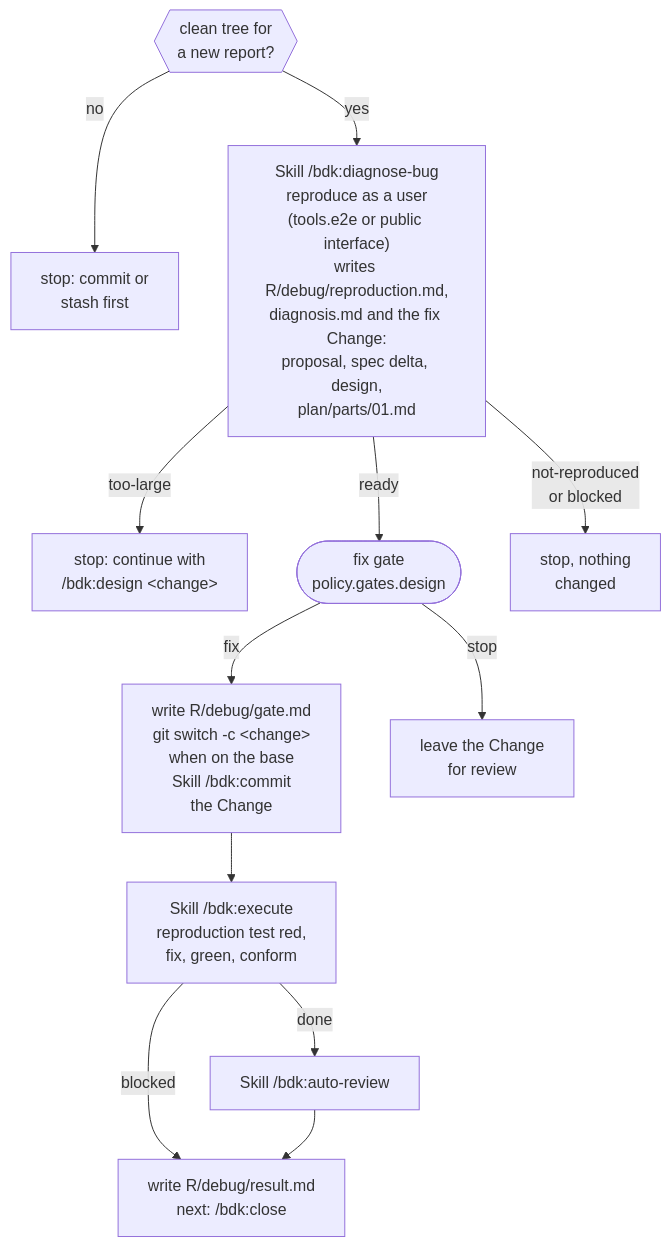
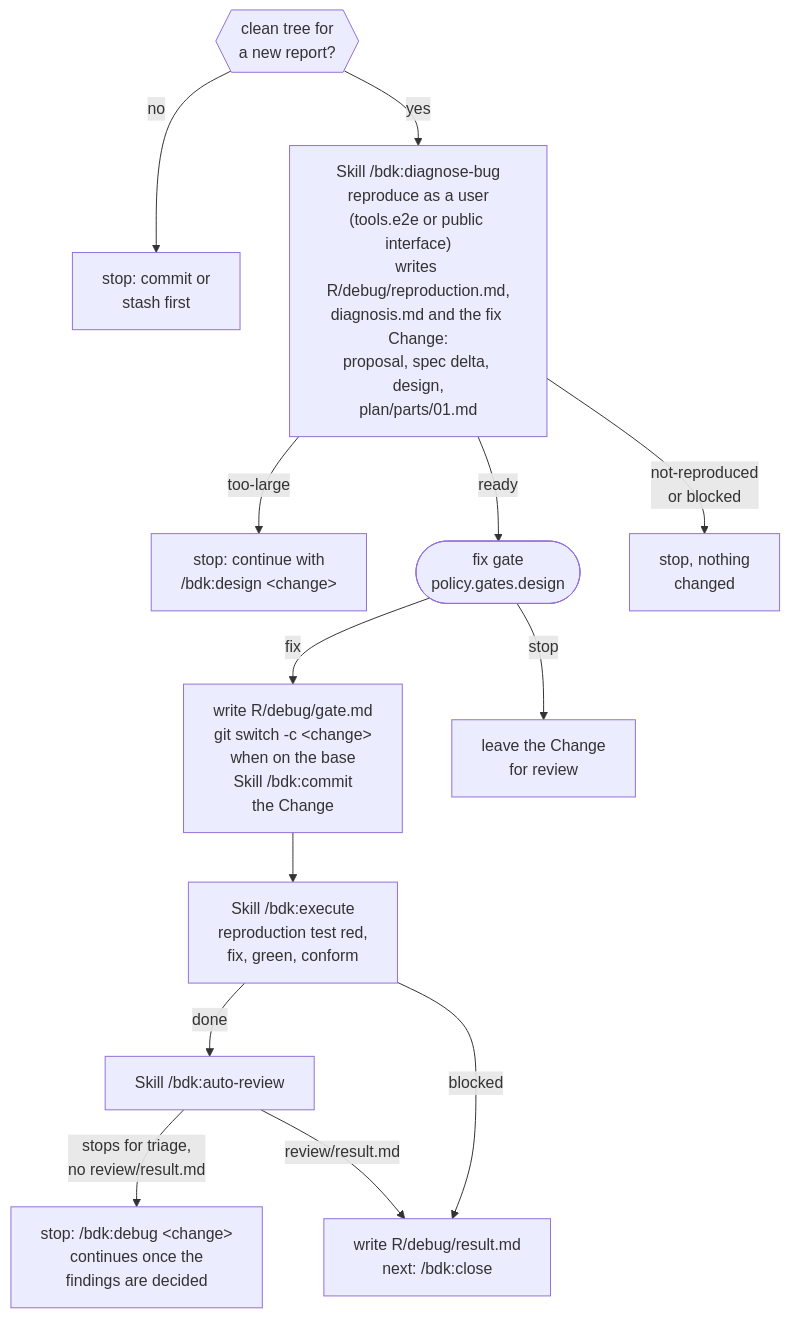
Diagram 15 of 16 in docs/concepts/orchestrators.md (broneq/bdk), drawn with Mermaid before and after one commit. The commit also changed other lines of this file and 14 other files, not shown here.

First line of the commit message:
docs(concepts): bring the diagrams up to date with the skills

````diff
--- a/docs/concepts/orchestrators.md
+++ b/docs/concepts/orchestrators.md
@@ -358,15 +361,16 @@
 ```mermaid
 flowchart TB
   G0{{"clean tree for<br/>a new report?"}} -->|"no"| GS["stop: commit or<br/>stash first"]
   G0 -->|"yes"| G1
   G1["Skill /bdk:diagnose-bug<br/>reproduce as a user<br/>(tools.e2e or public interface)<br/>writes R/debug/reproduction.md,<br/>diagnosis.md and the fix Change:<br/>proposal, spec delta, design,<br/>plan/parts/01.md"]
   G1 -->|"too-large"| GL["stop: continue with<br/>/bdk:design &lt;change&gt;"]
   G1 -->|"ready"| G2(["fix gate<br/>policy.gates.design"])
   G1 -->|"not-reproduced<br/>or blocked"| GX["stop, nothing<br/>changed"]
   G2 -->|"fix"| G3["write R/debug/gate.md<br/>git switch -c &lt;change&gt;<br/>when on the base<br/>Skill /bdk:commit<br/>the Change"]
   G2 -->|"stop"| GT["leave the Change<br/>for review"]
   G3 --> G4["Skill /bdk:execute<br/>reproduction test red,<br/>fix, green, conform"]
   G4 -->|"done"| G5["Skill /bdk:auto-review"]
   G4 -->|"blocked"| G6
-  G5 --> G6["write R/debug/result.md<br/>next: /bdk:close"]
+  G5 -->|"stops for triage,<br/>no review/result.md"| GR["stop: /bdk:debug &lt;change&gt;<br/>continues once the<br/>findings are decided"]
+  G5 -->|"review/result.md"| G6["write R/debug/result.md<br/>next: /bdk:close"]
 ```
````
